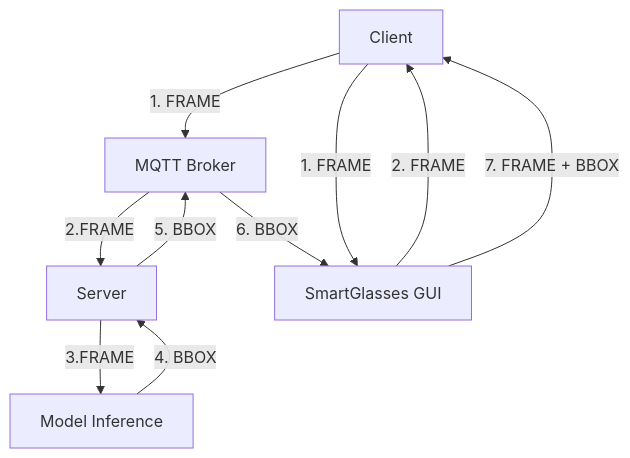
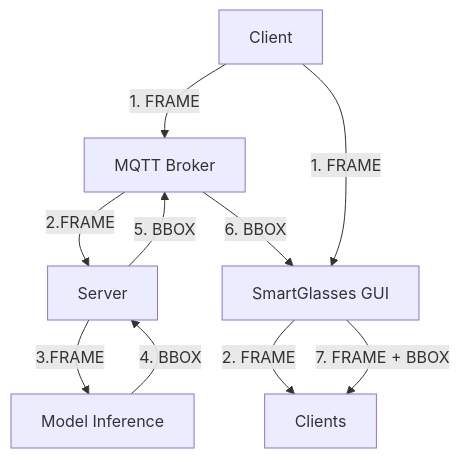
The second of 6 diagrams in README.md (riccardosemeraro/B.O.S.S.-Branch-Bellusci-SSD300-VGG16), drawn with Mermaid before and after one commit. The commit also changed other lines of this file and 1 other file, not shown here.

````diff
--- a/README.md
+++ b/README.md
@@ -132,8 +130,8 @@
 ```mermaid
 flowchart TB
 
 Client --> |"1. FRAME"| Broker["MQTT Broker"] --> |"2.FRAME"| Server["Server"] --> |"3.FRAME"| Inference["Model Inference"] --> |"4. BBOX"| Server --> |"5. BBOX"| Broker --> |"6. BBOX"| SmartGlasses
-Client["Client"] --> |"1. FRAME"| SmartGlasses["SmartGlasses GUI"] --> |"2. FRAME"| Client
-SmartGlasses --> |"7. FRAME + BBOX"| Client
+Client["Client"] --> |"1. FRAME"| SmartGlasses["SmartGlasses GUI"] --> |"2. FRAME"| Clients
+SmartGlasses --> |"7. FRAME + BBOX"| Clients
 
 ```
````
